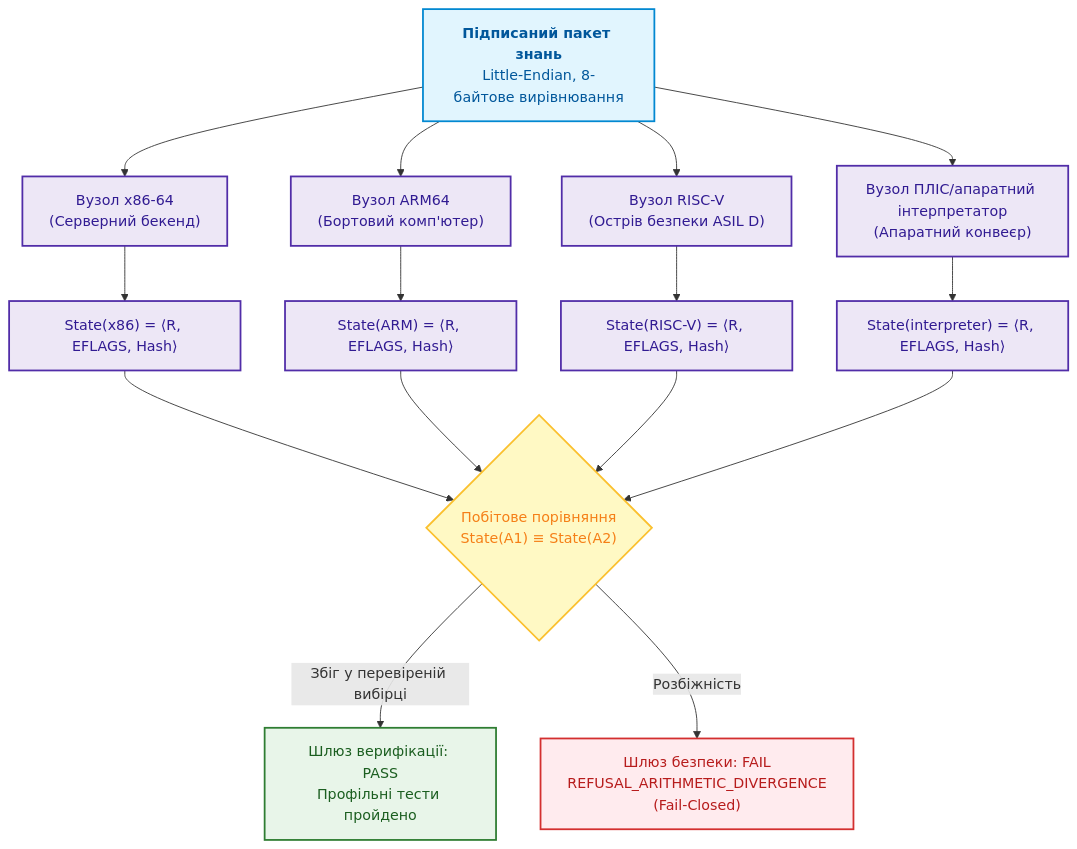
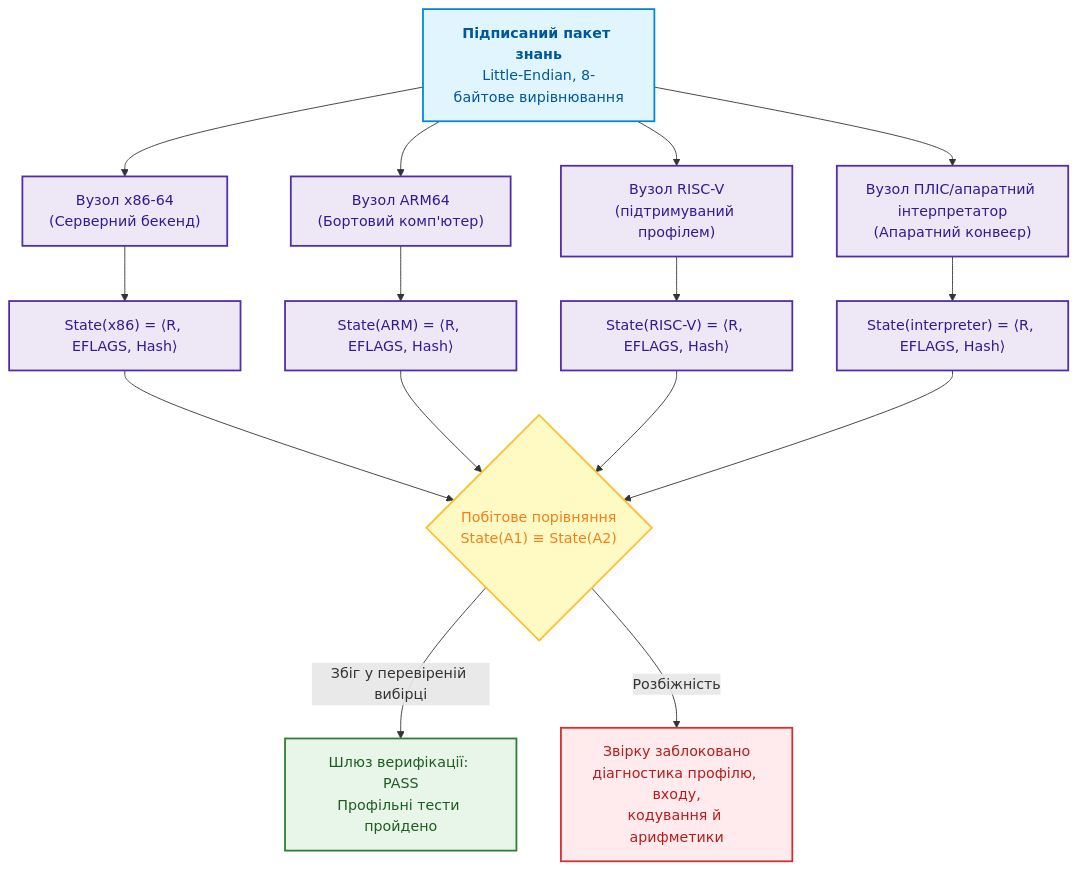
The ninth of 9 diagrams in ExpertSystem/ch22-cybernetics-edge-to-backend.md (nick-fedchik/articles), drawn with Mermaid before and after one commit. The commit also changed other lines of this file and 7 other files, not shown here.

````diff
--- a/ExpertSystem/ch22-cybernetics-edge-to-backend.md
+++ b/ExpertSystem/ch22-cybernetics-edge-to-backend.md
@@ -911,31 +1243,31 @@
 ```mermaid
 flowchart TB
     accTitle: Схема верифікації крос-архітектурної ізоморфності профілю інструкцій
     accDescr: Пакет правил транслюється на гетерогенні платформи, стан регістрів та ProofTreeHash порівнюються побітово.
 
     BUNDLE["<b>Підписаний пакет знань</b><br/>Little-Endian, 8-байтове вирівнювання"] --> V1["Вузол x86-64<br/>(Серверний бекенд)"]
     BUNDLE --> V2["Вузол ARM64<br/>(Бортовий комп'ютер)"]
-    BUNDLE --> V3["Вузол RISC-V<br/>(Острів безпеки ASIL D)"]
+    BUNDLE --> V3["Вузол RISC-V<br/>(підтримуваний профілем)"]
     BUNDLE --> V4["Вузол ПЛІС/апаратний інтерпретатор<br/>(Апаратний конвеєр)"]
 
     V1 --> S1["State(x86) = &lang;R, EFLAGS, Hash&rang;"]
     V2 --> S2["State(ARM) = &lang;R, EFLAGS, Hash&rang;"]
     V3 --> S3["State(RISC-V) = &lang;R, EFLAGS, Hash&rang;"]
     V4 --> S4["State(interpreter) = &lang;R, EFLAGS, Hash&rang;"]
 
     S1 & S2 & S3 & S4 --> CMP{"Побітове порівняння<br/>State(A1) ≡ State(A2)"}
     CMP -- "Збіг у перевіреній вибірці" --> PASS["Шлюз верифікації: PASS<br/>Профільні тести пройдено"]
-    CMP -- "Розбіжність" --> FAIL["Шлюз безпеки: FAIL<br/>REFUSAL_ARITHMETIC_DIVERGENCE<br/>(Fail-Closed)"]
+    CMP -- "Розбіжність" --> FAIL["Звірку заблоковано<br/>діагностика профілю, входу,<br/>кодування й арифметики"]
 
     classDef src fill:#e1f5fe,stroke:#0288d1,stroke-width:2px,color:#01579b;
     classDef node fill:#ede7f6,stroke:#512da8,stroke-width:2px,color:#311b92;
     classDef check fill:#fff9c4,stroke:#fbc02d,stroke-width:2px,color:#f57f17;
     classDef ok fill:#e8f5e9,stroke:#2e7d32,stroke-width:2px,color:#1b5e20;
     classDef err fill:#ffebee,stroke:#d32f2f,stroke-width:2px,color:#b71c1c;
 
     class BUNDLE src;
     class V1,V2,V3,V4,S1,S2,S3,S4 node;
     class CMP check;
     class PASS ok;
     class FAIL err;
 ```
````
